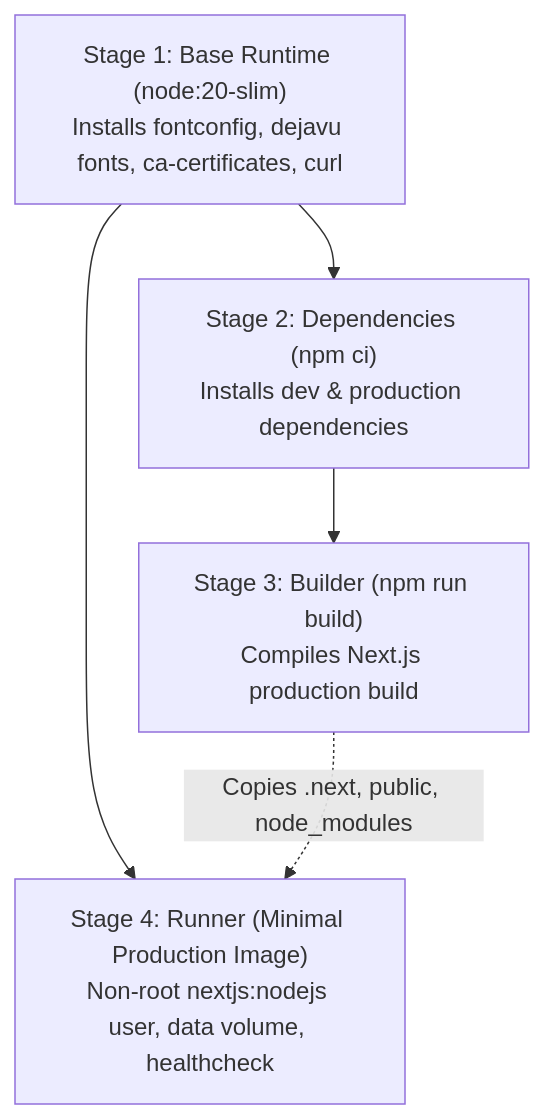
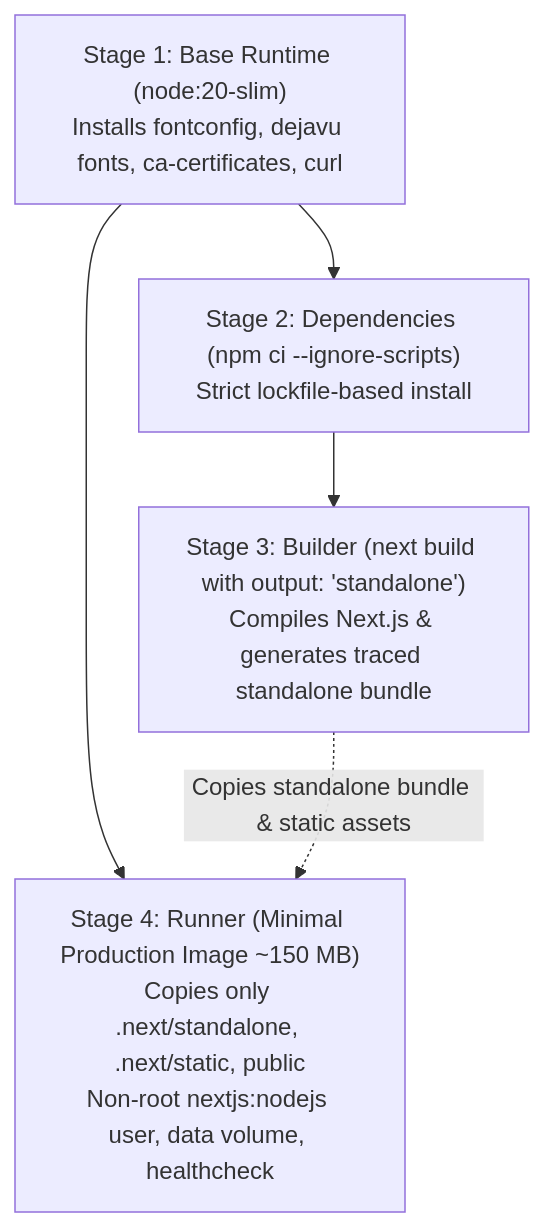
The diagram in docs/DOCKER.md (Aarathi1535/assignment_evaluation-IIIT-Hyd), drawn with Mermaid before and after one commit. The commit also changed other lines of this file and 8 other files, not shown here.

Commit message:
fix(deploy): use Next.js standalone output, configure Mongo replica set in compose, remove lockfile drift fallback, and add Cloud Run buildpack warning

````diff
--- a/docs/DOCKER.md
+++ b/docs/DOCKER.md
@@ -19,12 +30,12 @@
 ```mermaid
 flowchart TD
     Base["Stage 1: Base Runtime (node:20-slim)<br>Installs fontconfig, dejavu fonts, ca-certificates, curl"]
-    Deps["Stage 2: Dependencies (npm ci)<br>Installs dev & production dependencies"]
-    Builder["Stage 3: Builder (npm run build)<br>Compiles Next.js production build"]
-    Runner["Stage 4: Runner (Minimal Production Image)<br>Non-root nextjs:nodejs user, data volume, healthcheck"]
+    Deps["Stage 2: Dependencies (npm ci --ignore-scripts)<br>Strict lockfile-based install"]
+    Builder["Stage 3: Builder (next build with output: 'standalone')<br>Compiles Next.js & generates traced standalone bundle"]
+    Runner["Stage 4: Runner (Minimal Production Image ~150 MB)<br>Copies only .next/standalone, .next/static, public<br>Non-root nextjs:nodejs user, data volume, healthcheck"]
 
     Base --> Deps
     Deps --> Builder
     Base --> Runner
-    Builder -.->|Copies .next, public, node_modules| Runner
+    Builder -.->|Copies standalone bundle & static assets| Runner
 ```
````
